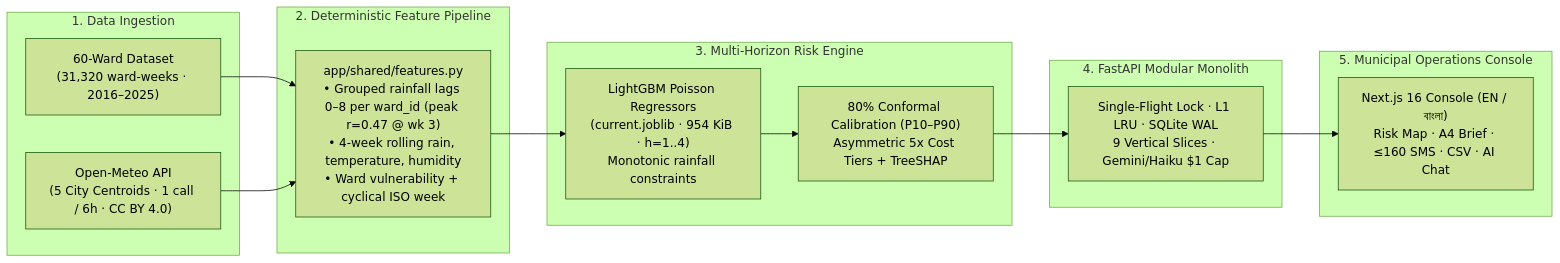
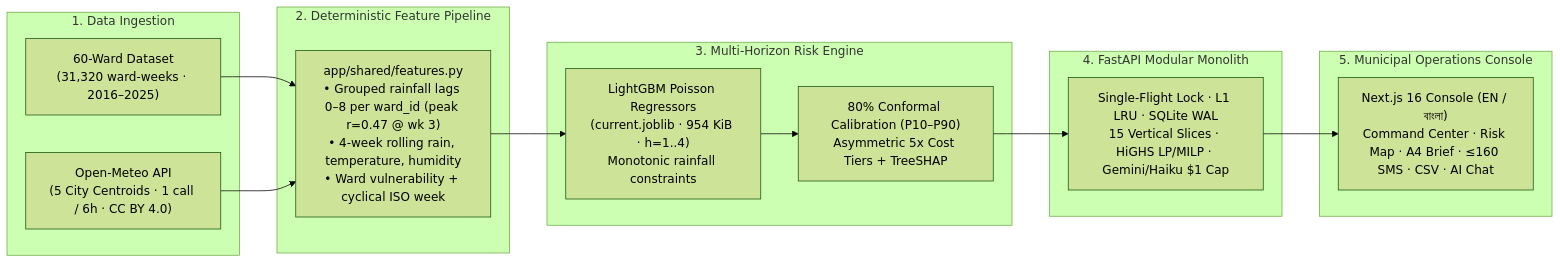
One commit to akramrafid/Abhas---AI-Engineering-Hackathon changed the first of 3 diagrams in README.md. Above: the diagram before and after it, drawn with Mermaid (forest theme). The commit also changed other lines of this file and 1 other file, not shown here.

````diff
--- a/README.md
+++ b/README.md
@@ -249,31 +253,31 @@
 ```mermaid
 flowchart LR
     subgraph Ingestion ["1. Data Ingestion"]
         DS["60-Ward Dataset<br/>(31,320 ward-weeks · 2016–2025)"]
         OM["Open-Meteo API<br/>(5 City Centroids · 1 call / 6h · CC BY 4.0)"]
     end
 
     subgraph Features ["2. Deterministic Feature Pipeline"]
         FE["app/shared/features.py<br/>• Grouped rainfall lags 0–8 per ward_id (peak r=0.47 @ wk 3)<br/>• 4-week rolling rain, temperature, humidity<br/>• Ward vulnerability + cyclical ISO week"]
     end
 
     subgraph Model ["3. Multi-Horizon Risk Engine"]
         LGBM["LightGBM Poisson Regressors<br/>(current.joblib · 954 KiB · h=1..4)<br/>Monotonic rainfall constraints"]
         CAL["80% Conformal Calibration (P10–P90)<br/>Asymmetric 5x Cost Tiers + TreeSHAP"]
     end
 
     subgraph Serving ["4. FastAPI Modular Monolith"]
-        API["Single-Flight Lock · L1 LRU · SQLite WAL<br/>9 Vertical Slices · Gemini/Haiku $1 Cap"]
+        API["Single-Flight Lock · L1 LRU · SQLite WAL<br/>15 Vertical Slices · HiGHS LP/MILP · Gemini/Haiku $1 Cap"]
     end
 
     subgraph Outputs ["5. Municipal Operations Console"]
-        UI["Next.js 16 Console (EN / বাংলা)<br/>Risk Map · A4 Brief · ≤160 SMS · CSV · AI Chat"]
+        UI["Next.js 16 Console (EN / বাংলা)<br/>Command Center · Risk Map · A4 Brief · ≤160 SMS · CSV · AI Chat"]
     end
 
     DS --> FE
     OM --> FE
     FE --> LGBM
     LGBM --> CAL
     CAL --> API
     API --> UI
 ```
````
